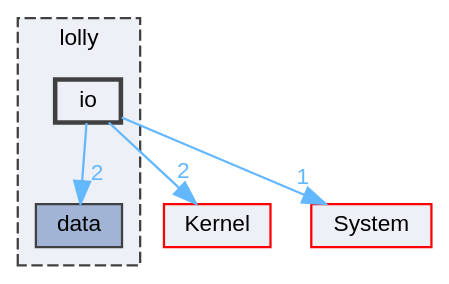
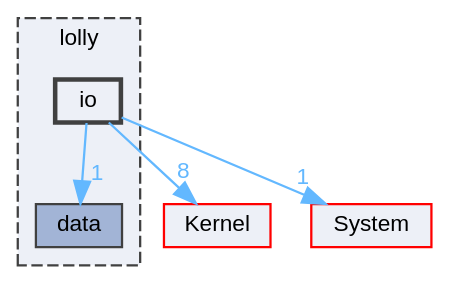
Before and after one commit to XmacsLabs/lolly: the diagram in dir_5dbbbea8d3d07cb325b7c0e63f9dedfb_dep.dot, drawn with Graphviz. The commit also changed 155 other files, not shown here.

```diff
--- a/dir_5dbbbea8d3d07cb325b7c0e63f9dedfb_dep.dot
+++ b/dir_5dbbbea8d3d07cb325b7c0e63f9dedfb_dep.dot
@@ -1,18 +1,18 @@
 digraph "io"
 {
  // LATEX_PDF_SIZE
   bgcolor="transparent";
   edge [fontname=Helvetica,fontsize=10,labelfontname=Helvetica,labelfontsize=10];
   node [fontname=Helvetica,fontsize=10,shape=box,height=0.2,width=0.4];
   compound=true
   subgraph clusterdir_4e4e38b7a3cbd015b31043c806009c51 {
     graph [ bgcolor="#edf0f7", pencolor="grey25", label="lolly", fontname=Helvetica,fontsize=10 style="filled,dashed", URL="dir_4e4e38b7a3cbd015b31043c806009c51.html",tooltip=""]
   dir_7d7415eea8157022d4b7478c2ca2ea49 [label="data", fillcolor="#a2b4d6", color="grey25", style="filled", URL="dir_7d7415eea8157022d4b7478c2ca2ea49.html",tooltip=""];
   dir_5dbbbea8d3d07cb325b7c0e63f9dedfb [label="io", fillcolor="#edf0f7", color="grey25", style="filled,bold", URL="dir_5dbbbea8d3d07cb325b7c0e63f9dedfb.html",tooltip=""];
   }
   dir_52bed8acfaac088d5968cb2c84d7645d [label="Kernel", fillcolor="#edf0f7", color="red", style="filled", URL="dir_52bed8acfaac088d5968cb2c84d7645d.html",tooltip=""];
   dir_9af51e3826d4f9e80d9103b2de543e84 [label="System", fillcolor="#edf0f7", color="red", style="filled", URL="dir_9af51e3826d4f9e80d9103b2de543e84.html",tooltip=""];
-  dir_5dbbbea8d3d07cb325b7c0e63f9dedfb->dir_52bed8acfaac088d5968cb2c84d7645d [headlabel="2", labeldistance=1.5 headhref="dir_000016_000020.html" color="steelblue1" fontcolor="steelblue1"];
-  dir_5dbbbea8d3d07cb325b7c0e63f9dedfb->dir_7d7415eea8157022d4b7478c2ca2ea49 [headlabel="2", labeldistance=1.5 headhref="dir_000016_000008.html" color="steelblue1" fontcolor="steelblue1"];
+  dir_5dbbbea8d3d07cb325b7c0e63f9dedfb->dir_52bed8acfaac088d5968cb2c84d7645d [headlabel="8", labeldistance=1.5 headhref="dir_000016_000020.html" color="steelblue1" fontcolor="steelblue1"];
+  dir_5dbbbea8d3d07cb325b7c0e63f9dedfb->dir_7d7415eea8157022d4b7478c2ca2ea49 [headlabel="1", labeldistance=1.5 headhref="dir_000016_000008.html" color="steelblue1" fontcolor="steelblue1"];
   dir_5dbbbea8d3d07cb325b7c0e63f9dedfb->dir_9af51e3826d4f9e80d9103b2de543e84 [headlabel="1", labeldistance=1.5 headhref="dir_000016_000032.html" color="steelblue1" fontcolor="steelblue1"];
 }
```
